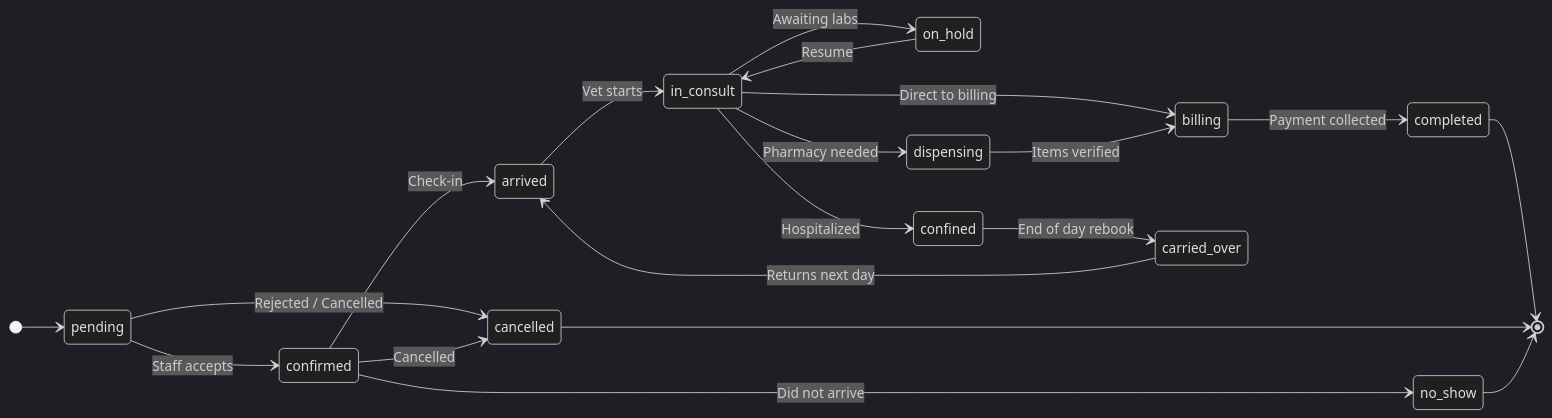
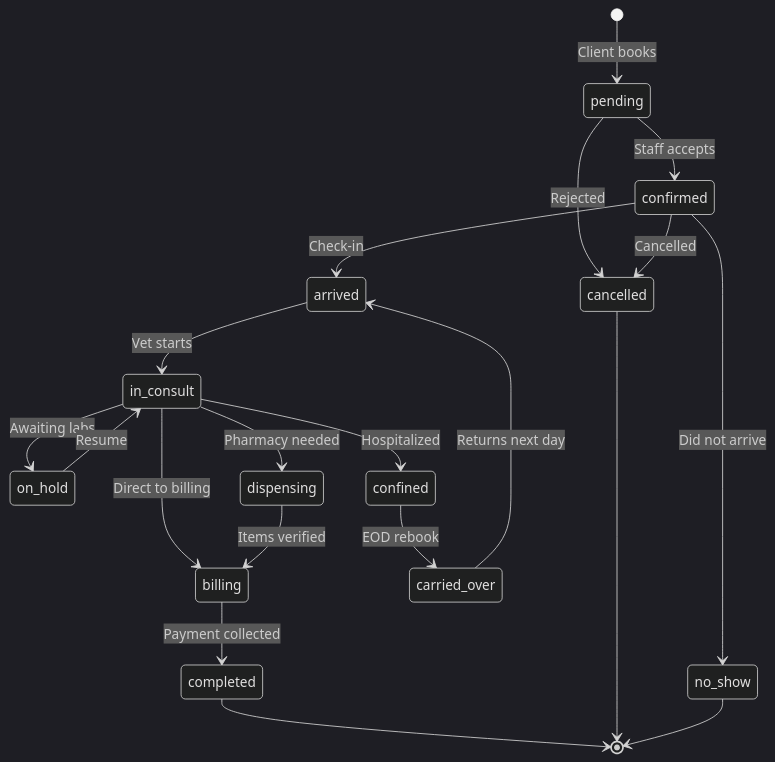
One commit to jepdd15/VetConnect-Ecosystem changed the fourth of 4 diagrams in VETCONNECT_DIAGRAMS_PRINT.md. Above: the diagram before and after it, drawn with Mermaid (dark theme). The commit also changed other lines of this file and 4 other files, not shown here.

Commit message:
docs: update handoff, diagrams with standard flowchart shapes, add 7 system flowcharts, fix state diagram syntax

````diff
--- a/VETCONNECT_DIAGRAMS_PRINT.md
+++ b/VETCONNECT_DIAGRAMS_PRINT.md
@@ -164,33 +183,31 @@
 ```mermaid
 stateDiagram-v2
-    direction LR
-
-    [*] --> pending
+    [*] --> pending : Client books
     pending --> confirmed : Staff accepts
-    pending --> cancelled : Rejected / Cancelled
+    pending --> cancelled : Rejected
 
     confirmed --> arrived : Check-in
     confirmed --> no_show : Did not arrive
     confirmed --> cancelled : Cancelled
 
     arrived --> in_consult : Vet starts
 
     in_consult --> on_hold : Awaiting labs
     in_consult --> dispensing : Pharmacy needed
     in_consult --> billing : Direct to billing
     in_consult --> confined : Hospitalized
 
     on_hold --> in_consult : Resume
 
     dispensing --> billing : Items verified
 
     billing --> completed : Payment collected
 
-    confined --> carried_over : End of day rebook
+    confined --> carried_over : EOD rebook
 
     carried_over --> arrived : Returns next day
 
     completed --> [*]
     cancelled --> [*]
     no_show --> [*]
 ```
````
